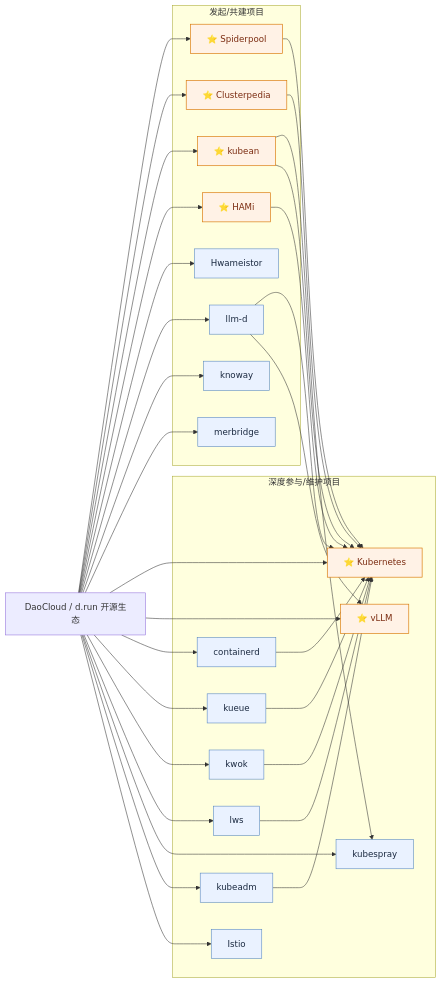
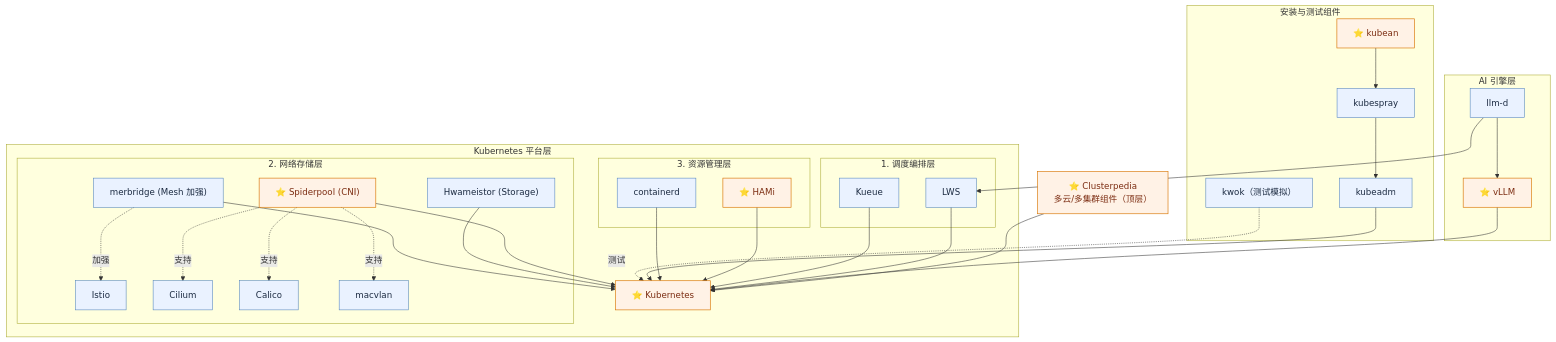
Before and after one commit to pacoxu/AI-Infra: the diagram in case-study/daocloud.md, drawn with Mermaid. The commit also changed other lines of this file, not shown here.

Commit message:
docs(case-study): restructure daocloud by architecture layers

````diff
--- a/case-study/daocloud.md
+++ b/case-study/daocloud.md
@@ -9,64 +19,69 @@
 ```mermaid
-flowchart LR
-  D["DaoCloud / d.run 开源生态"]
+flowchart TB
+  CP["⭐ Clusterpedia<br/>多云/多集群组件（顶层）"]
 
-  subgraph FOUNDED["发起/共建项目"]
-    SP["⭐ Spiderpool"]
-    CP["⭐ Clusterpedia"]
-    KA["⭐ kubean"]
-    HM["⭐ HAMi"]
-    HW["Hwameistor"]
-    LMD["llm-d"]
-    KW["knoway"]
-    MB["merbridge"]
+  subgraph AI["AI 引擎层"]
+    VLLM["⭐ vLLM"]
+    LLMD["llm-d"]
   end
 
-  subgraph MAINT["深度参与/维护项目"]
-    K8S["⭐ Kubernetes"]
-    VLLM["⭐ vLLM"]
-    CTD["containerd"]
-    KUEUE["kueue"]
-    KWOK["kwok"]
-    LWS["lws"]
+  subgraph K8S["Kubernetes 平台层"]
+    KCORE["⭐ Kubernetes"]
+
+    subgraph SCHED["1. 调度编排层"]
+      LWS["LWS"]
+      KUEUE["Kueue"]
+    end
+
+    subgraph NETSTO["2. 网络存储层"]
+      SP["⭐ Spiderpool (CNI)"]
+      HW["Hwameistor (Storage)"]
+      MB["merbridge (Mesh 加强)"]
+      ISTIO["Istio"]
+      CIL["Cilium"]
+      CAL["Calico"]
+      MAC["macvlan"]
+    end
+
+    subgraph RES["3. 资源管理层"]
+      HAMI["⭐ HAMi"]
+      CTD["containerd"]
+    end
+  end
+
+  subgraph TOOL["安装与测试组件"]
+    KUBEAN["⭐ kubean"]
     KSP["kubespray"]
     KADM["kubeadm"]
-    ISTIO["Istio"]
+    KWOK["kwok（测试模拟）"]
   end
 
-  D --> SP
-  D --> CP
-  D --> KA
-  D --> HM
-  D --> HW
-  D --> LMD
-  D --> KW
-  D --> MB
-  D --> K8S
-  D --> VLLM
-  D --> CTD
-  D --> KUEUE
-  D --> KWOK
-  D --> LWS
-  D --> KSP
-  D --> KADM
-  D --> ISTIO
+  CP --> KCORE
+  LLMD --> LWS
+  LLMD --> VLLM
+  VLLM --> KCORE
 
-  SP --> K8S
-  CP --> K8S
-  KA --> KSP
-  KA --> K8S
-  HM --> K8S
-  CTD --> K8S
-  KUEUE --> K8S
-  KWOK --> K8S
-  LWS --> K8S
-  KADM --> K8S
-  LMD --> K8S
-  LMD --> VLLM
+  LWS --> KCORE
+  KUEUE --> KCORE
+  SP --> KCORE
+  HW --> KCORE
+  MB --> KCORE
+  HAMI --> KCORE
+  CTD --> KCORE
+
+  SP -. 支持 .-> CIL
+  SP -. 支持 .-> CAL
+  SP -. 支持 .-> MAC
+  MB -. 加强 .-> ISTIO
+
+  KUBEAN --> KSP
+  KSP --> KADM
+  KADM --> KCORE
+  KWOK -. 测试 .-> KCORE
 
   classDef star fill:#fff2e6,stroke:#d97706,color:#7c2d12,stroke-width:1.2px;
   classDef normal fill:#eaf2ff,stroke:#4f81bd,color:#1b2a41,stroke-width:1px;
 
-  class SP,CP,KA,HM,K8S,VLLM star;
-  class HW,LMD,KW,MB,CTD,KUEUE,KWOK,LWS,KSP,KADM,ISTIO normal;
+  class CP,VLLM,KCORE,SP,HAMI,KUBEAN star;
+  class LLMD,LWS,KUEUE,HW,MB,ISTIO,CIL,CAL,MAC,CTD,KSP,KADM,KWOK normal;
 ```
````
